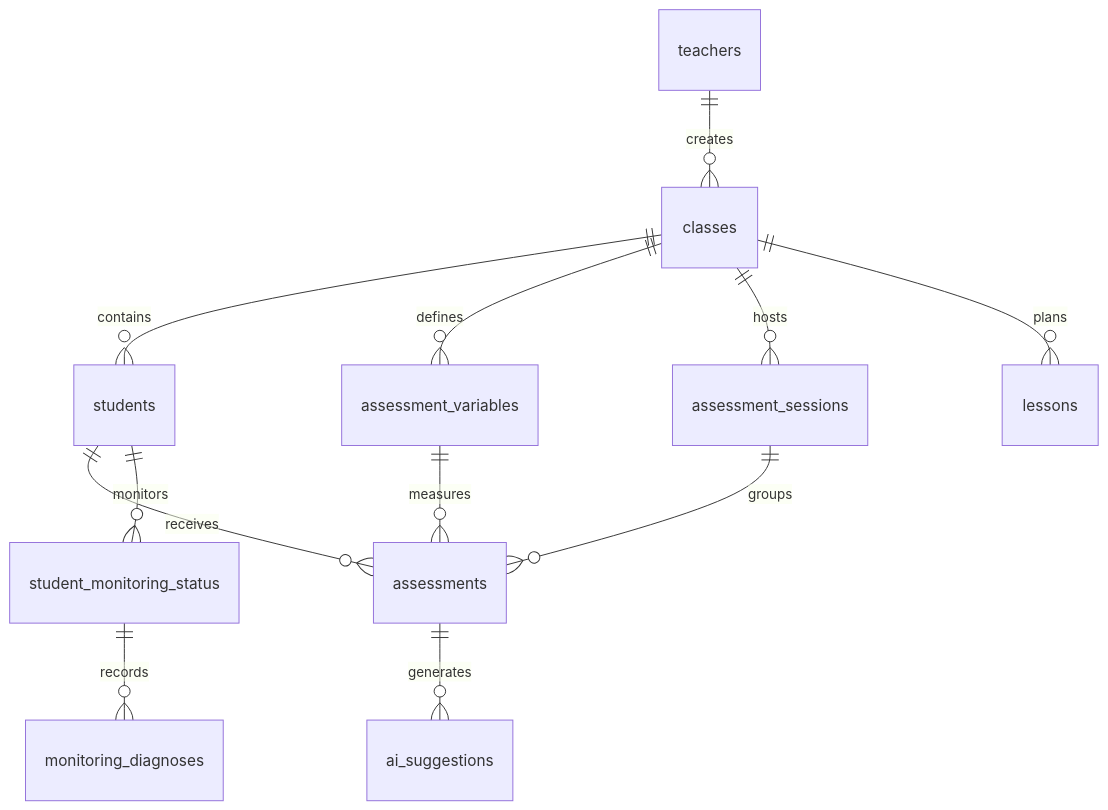
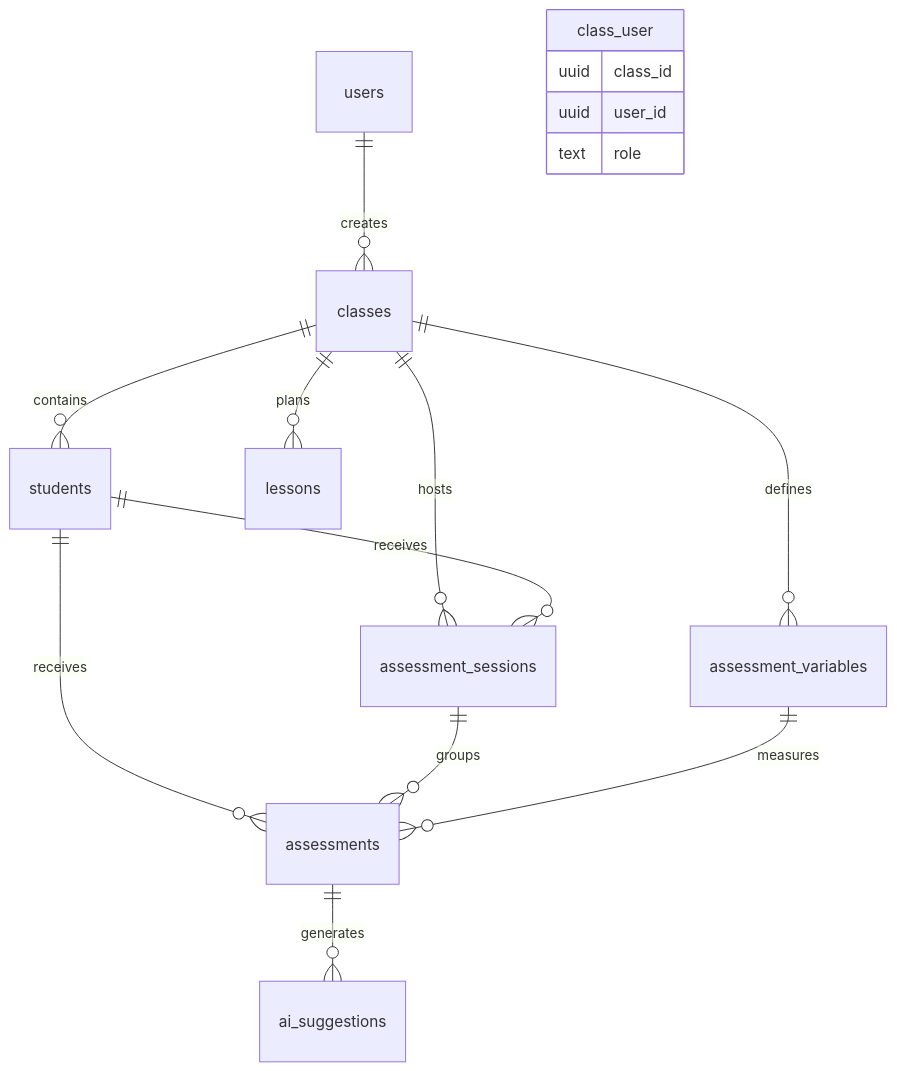
One commit to gentilmente/mehimro-docs changed the diagram in docs/desarrolladores/architecture/data-model.md. Above: the diagram before and after it, drawn with Mermaid. The commit also changed other lines of this file and 7 other files, not shown here.

````diff
--- a/docs/desarrolladores/architecture/data-model.md
+++ b/docs/desarrolladores/architecture/data-model.md
@@ -126,17 +130,20 @@
 ```mermaid
 erDiagram
-    teachers ||--o{ classes : creates
+    users ||--o{ classes : creates
     classes ||--o{ students : contains
     classes ||--o{ assessment_variables : defines
     classes ||--o{ assessment_sessions : hosts
     classes ||--o{ lessons : plans
 
+    students ||--o{ assessment_sessions : receives
     students ||--o{ assessments : receives
+    assessment_sessions ||--o{ assessments : groups
     assessment_variables ||--o{ assessments : measures
-    assessment_sessions ||--o{ assessments : groups
-
     assessments ||--o{ ai_suggestions : generates
 
-    students ||--o{ student_monitoring_status : monitors
-    student_monitoring_status ||--o{ monitoring_diagnoses : records
+    class_user {
+        uuid class_id
+        uuid user_id
+        text role
+    }
 ```
````
